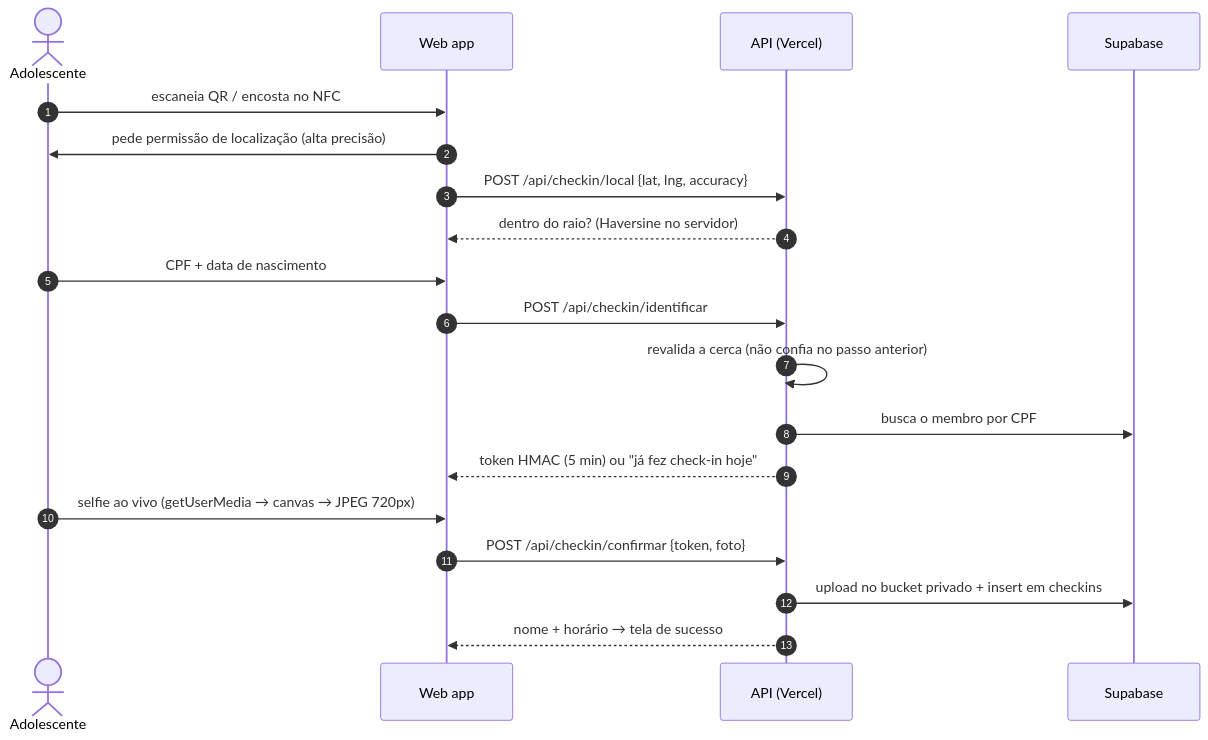
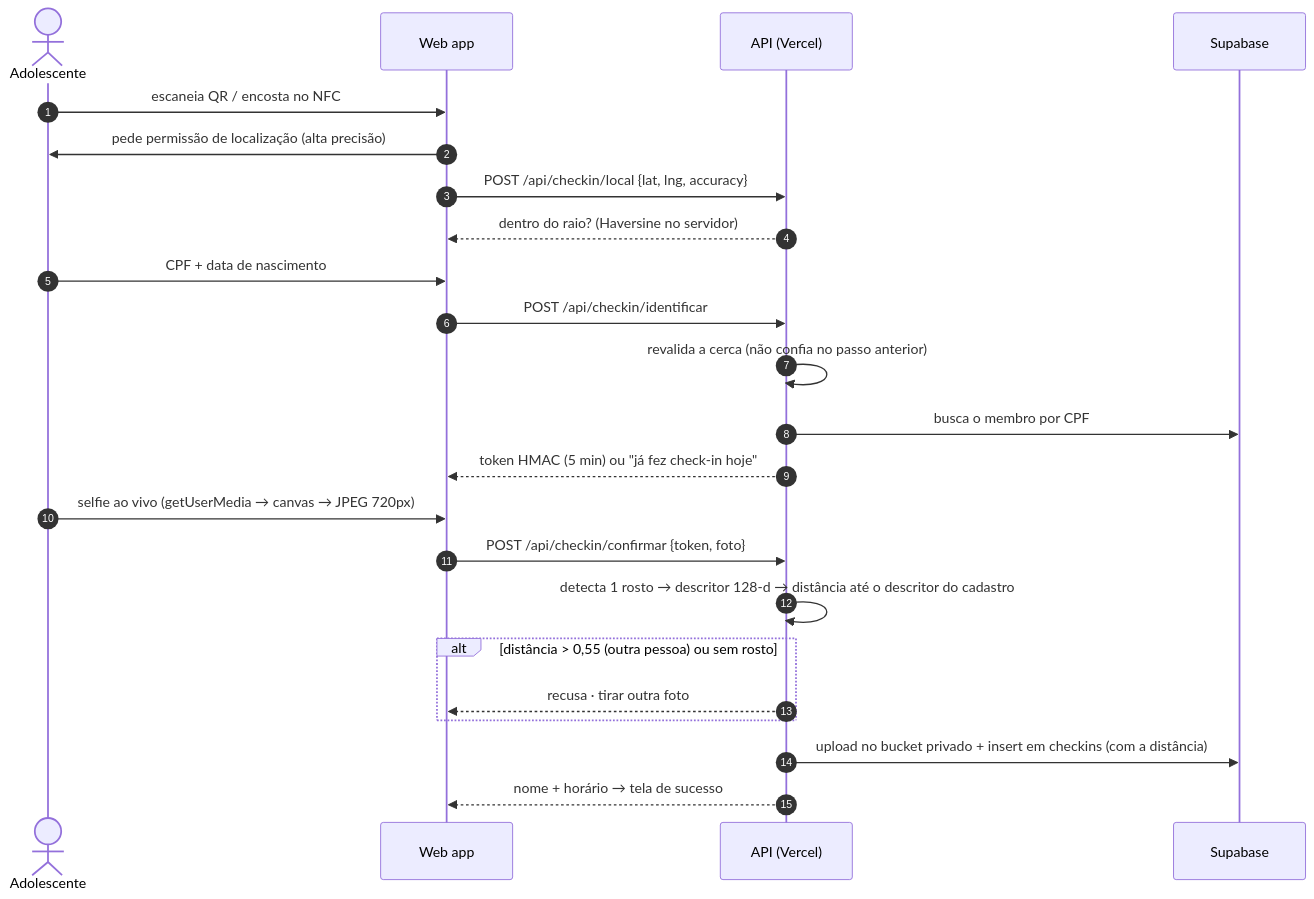
One commit to pedroeduardo36/flag-checkin changed the second of 2 diagrams in README.md. Above: the diagram before and after it, drawn with Mermaid. The commit also changed other lines of this file and 19 other files, not shown here.

````diff
--- a/README.md
+++ b/README.md
@@ -88,22 +91,26 @@
 ```mermaid
 sequenceDiagram
   autonumber
   actor A as Adolescente
   participant W as Web app
   participant S as API (Vercel)
   participant D as Supabase
 
   A->>W: escaneia QR / encosta no NFC
   W->>A: pede permissão de localização (alta precisão)
   W->>S: POST /api/checkin/local {lat, lng, accuracy}
   S-->>W: dentro do raio? (Haversine no servidor)
   A->>W: CPF + data de nascimento
   W->>S: POST /api/checkin/identificar
   S->>S: revalida a cerca (não confia no passo anterior)
   S->>D: busca o membro por CPF
   S-->>W: token HMAC (5 min) ou "já fez check-in hoje"
   A->>W: selfie ao vivo (getUserMedia → canvas → JPEG 720px)
   W->>S: POST /api/checkin/confirmar {token, foto}
-  S->>D: upload no bucket privado + insert em checkins
+  S->>S: detecta 1 rosto → descritor 128-d → distância até o descritor do cadastro
+  alt distância > 0,55 (outra pessoa) ou sem rosto
+    S-->>W: recusa · tirar outra foto
+  end
+  S->>D: upload no bucket privado + insert em checkins (com a distância)
   S-->>W: nome + horário → tela de sucesso
 ```
````
